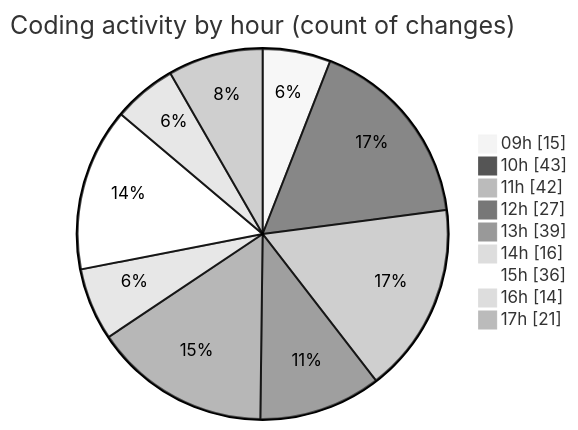
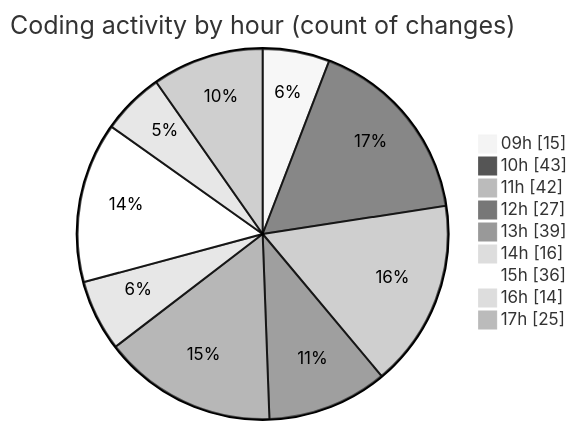
Before and after one commit to momahboobian/code-tracking: the second of 2 diagrams in 2025-09-30/cda/README.md, drawn with Mermaid (neutral theme). The commit also changed other lines of this file and 1 other file, not shown here.

````diff
--- a/2025-09-30/cda/README.md
+++ b/2025-09-30/cda/README.md
@@ -34,13 +34,13 @@
 ```mermaid
 pie showData
 title Coding activity by hour (count of changes)
 "09h" : 15
 "10h" : 43
 "11h" : 42
 "12h" : 27
 "13h" : 39
 "14h" : 16
 "15h" : 36
 "16h" : 14
-"17h" : 21
+"17h" : 25
 ```
````
